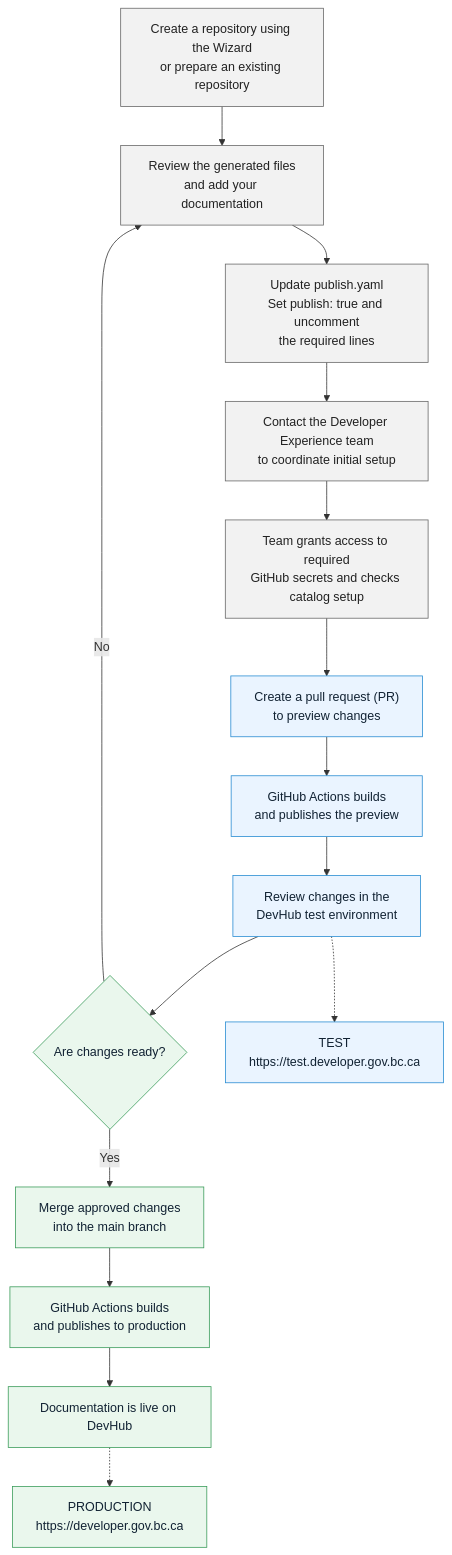
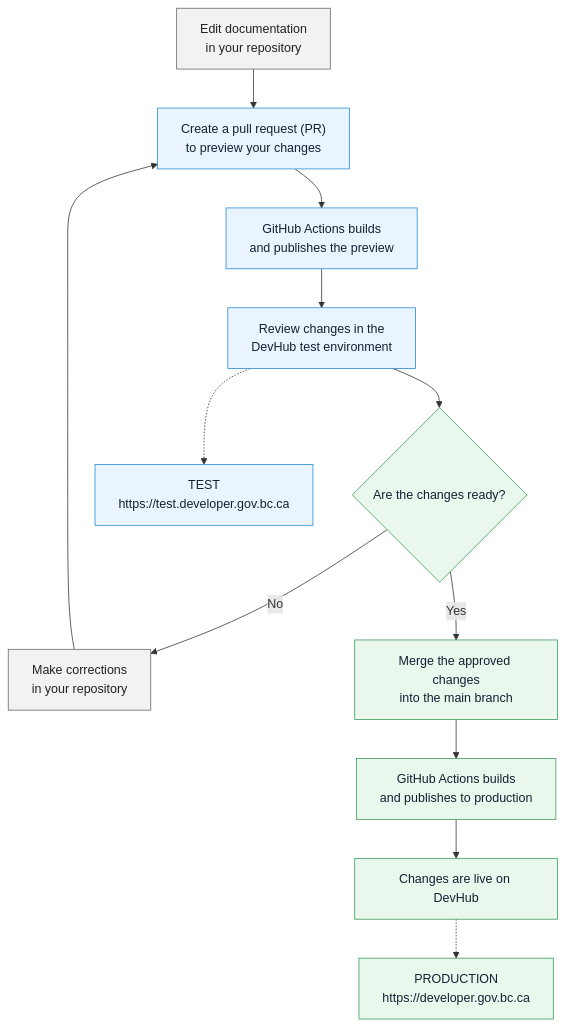
One commit to bcgov/bcdg changed the second of 2 diagrams in docs/content-partner-guide.md. Above: the diagram before and after it, drawn with Mermaid. The commit also changed other lines of this file, not shown here.

````diff
--- a/docs/content-partner-guide.md
+++ b/docs/content-partner-guide.md
@@ -72,30 +207,25 @@
 ```mermaid
 flowchart TD
-    A["Create a repository using the Wizard<br/>or prepare an existing repository"]
-    B["Review the generated files<br/>and add your documentation"]
-    C["Update publish.yaml<br/>Set publish: true and uncomment<br/>the required lines"]
-    D["Contact the Developer Experience team<br/>to coordinate initial setup"]
-    E["Team grants access to required<br/>GitHub secrets and checks catalog setup"]
-    F["Create a pull request (PR)<br/>to preview changes"]
-    G["GitHub Actions builds<br/>and publishes the preview"]
-    H["Review changes in the<br/>DevHub test environment"]
-    I{"Are changes ready?"}
-    J["Merge approved changes<br/>into the main branch"]
-    K["GitHub Actions builds<br/>and publishes to production"]
-    L["Documentation is live on DevHub"]
+    A["Edit documentation<br/>in your repository"] --> B["Create a pull request (PR)<br/>to preview your changes"]
+    B --> C["GitHub Actions builds<br/>and publishes the preview"]
+    C --> D["Review changes in the<br/>DevHub test environment"]
+    D --> E{"Are the changes ready?"}
 
-    A --> B --> C --> D --> E --> F --> G --> H --> I
-    I -->|No| B
-    I -->|Yes| J --> K --> L
+    E -->|No| F["Make corrections<br/>in your repository"]
+    F --> B
 
-    H -.-> T["TEST<br/>https://test.developer.gov.bc.ca"]
-    L -.-> P["PRODUCTION<br/>https://developer.gov.bc.ca"]
+    E -->|Yes| G["Merge the approved changes<br/>into the main branch"]
+    G --> H["GitHub Actions builds<br/>and publishes to production"]
+    H --> I["Changes are live on DevHub"]
 
-    classDef setup fill:#f2f2f2,stroke:#666,color:#222
+    D -.-> J["TEST<br/>https://test.developer.gov.bc.ca"]
+    I -.-> K["PRODUCTION<br/>https://developer.gov.bc.ca"]
+
+    classDef author fill:#f2f2f2,stroke:#666,color:#222
     classDef preview fill:#eaf4ff,stroke:#268bd2,color:#123
     classDef production fill:#eaf7ed,stroke:#399b59,color:#123
 
-    class A,B,C,D,E setup
-    class F,G,H,T preview
-    class I,J,K,L,P production
+    class A,F author
+    class B,C,D,J preview
+    class E,G,H,I,K production
 ```
````
